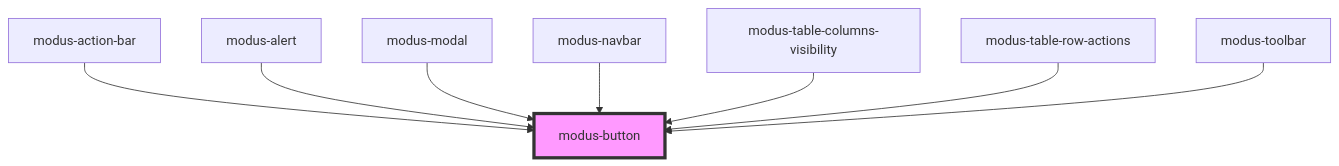
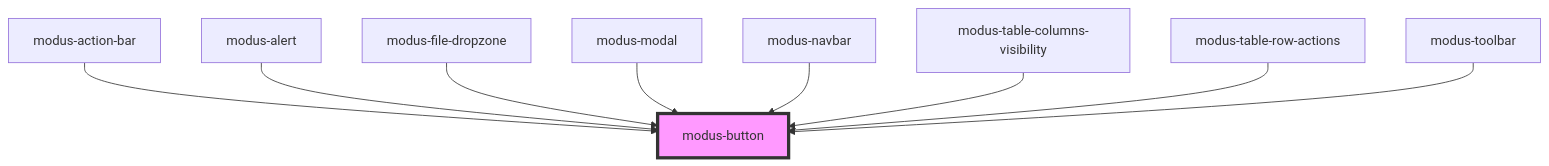
One commit to trimble-oss/modus-web-components changed the diagram in stencil-workspace/src/components/modus-button/readme.md. Above: the diagram before and after it, drawn with Mermaid. The commit also changed other lines of this file and 1 other file, not shown here.

Commit message:
rerun build with latest master

````diff
--- a/stencil-workspace/src/components/modus-button/readme.md
+++ b/stencil-workspace/src/components/modus-button/readme.md
@@ -72,11 +73,12 @@
 ```mermaid
 graph TD;
   modus-action-bar --> modus-button
   modus-alert --> modus-button
+  modus-file-dropzone --> modus-button
   modus-modal --> modus-button
   modus-navbar --> modus-button
   modus-table-columns-visibility --> modus-button
   modus-table-row-actions --> modus-button
   modus-toolbar --> modus-button
   style modus-button fill:#f9f,stroke:#333,stroke-width:4px
 ```
````
